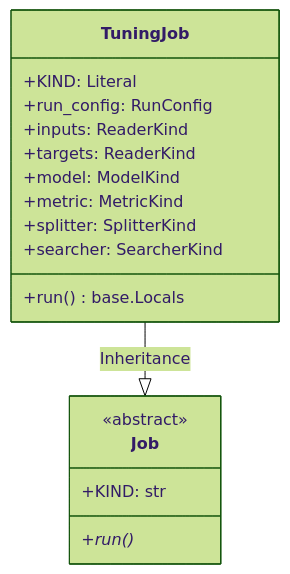
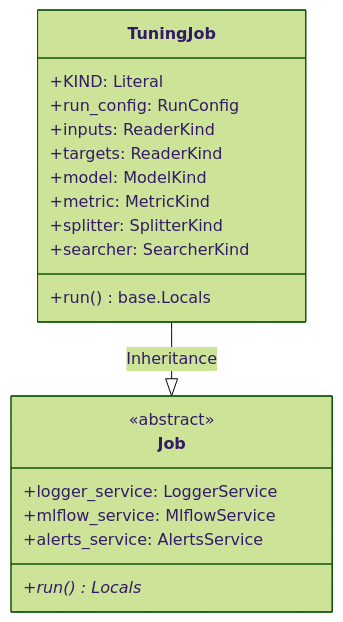
One commit to lgcorzo/mlops-python-package changed the diagram in openwiki/modules/regression_model_template/jobs/tuning.md. Above: the diagram before and after it, drawn with Mermaid (forest theme). The commit also changed other lines of this file and 3 other files, not shown here.

````diff
--- a/openwiki/modules/regression_model_template/jobs/tuning.md
+++ b/openwiki/modules/regression_model_template/jobs/tuning.md
@@ -26,21 +26,24 @@
 ```mermaid
 classDiagram
     direction BT
     class Job {
         <<abstract>>
-        +KIND: str
-        +run()*
+        +logger_service: LoggerService
+        +mlflow_service: MlflowService
+        +alerts_service: AlertsService
+        +run()* Locals
     }
     class TuningJob {
         +KIND: Literal
         +run_config: RunConfig
         +inputs: ReaderKind
         +targets: ReaderKind
         +model: ModelKind
         +metric: MetricKind
         +splitter: SplitterKind
         +searcher: SearcherKind
         +run() base.Locals
     }
+
     Job <|-- TuningJob : Inheritance
 ```
````
